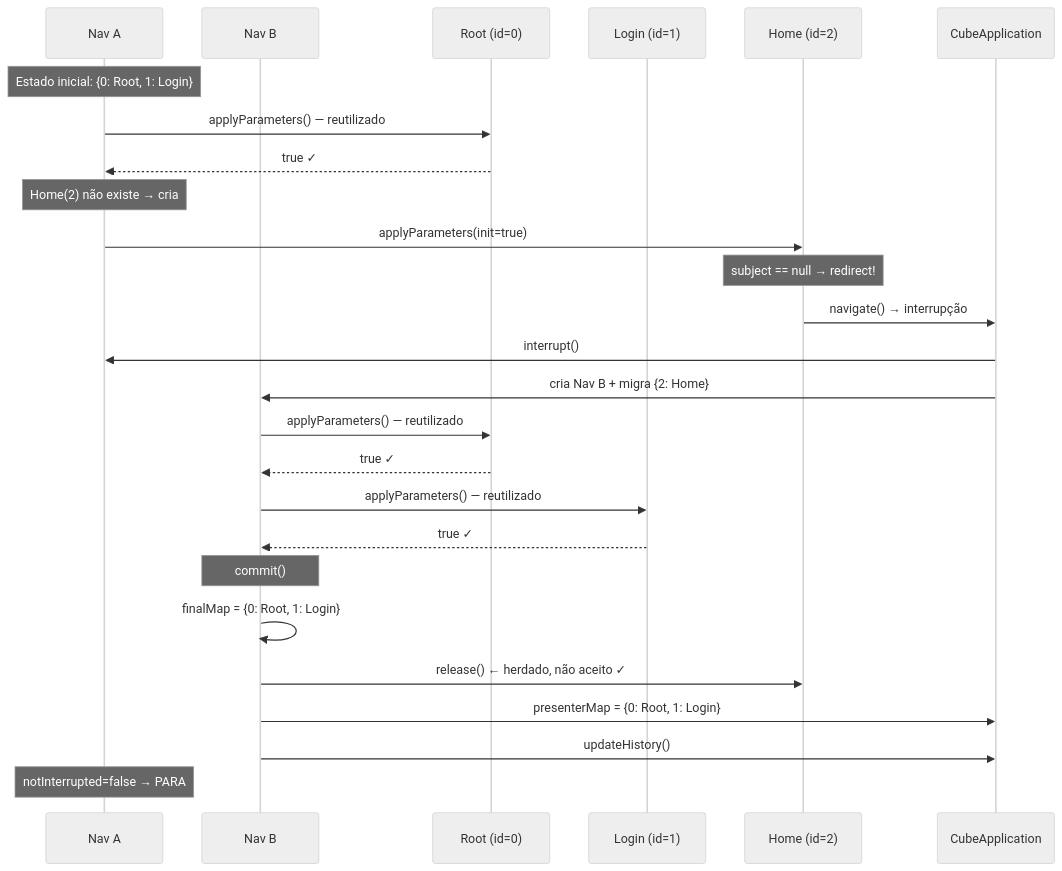
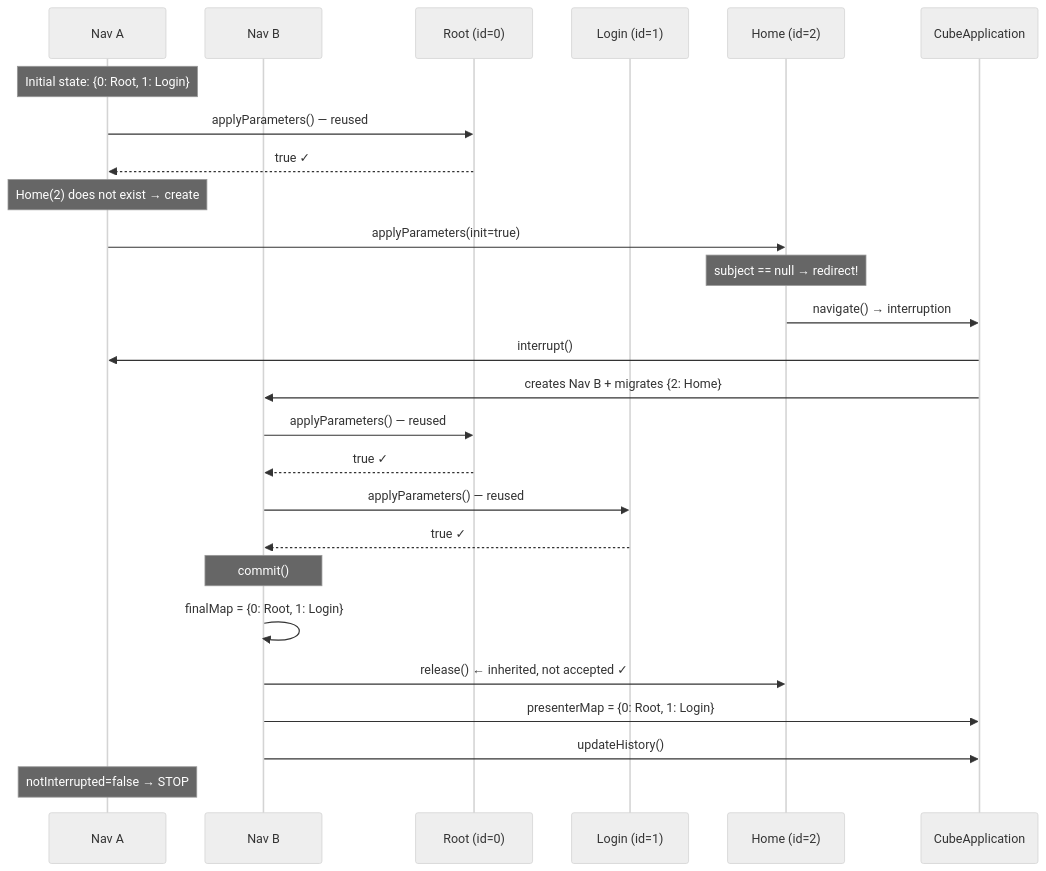
One commit to mrcdom/wdc-cube-kotlin changed the ninth of 19 diagrams in docs/architecture-cube.md. Above: the diagram before and after it, drawn with Mermaid (neutral theme). The commit also changed other lines of this file and 10 other files, not shown here.

First line of the commit message:
docs: architecture docs and top-level READMEs in US English

````diff
--- a/docs/architecture-cube.md
+++ b/docs/architecture-cube.md
@@ -492,34 +492,34 @@
 ```mermaid
 sequenceDiagram
     participant NavA as Nav A
     participant NavB as Nav B
     participant Root as Root (id=0)
     participant Login as Login (id=1)
     participant Home as Home (id=2)
     participant App as CubeApplication
 
-    Note over NavA: Estado inicial: {0: Root, 1: Login}
+    Note over NavA: Initial state: {0: Root, 1: Login}
 
-    NavA->>Root: applyParameters() — reutilizado
+    NavA->>Root: applyParameters() — reused
     Root-->>NavA: true ✓
 
-    Note over NavA: Home(2) não existe → cria
+    Note over NavA: Home(2) does not exist → create
     NavA->>Home: applyParameters(init=true)
     Note over Home: subject == null → redirect!
-    Home->>App: navigate() → interrupção
+    Home->>App: navigate() → interruption
     App->>NavA: interrupt()
-    App->>NavB: cria Nav B + migra {2: Home}
+    App->>NavB: creates Nav B + migrates {2: Home}
 
-    NavB->>Root: applyParameters() — reutilizado
+    NavB->>Root: applyParameters() — reused
     Root-->>NavB: true ✓
-    NavB->>Login: applyParameters() — reutilizado
+    NavB->>Login: applyParameters() — reused
     Login-->>NavB: true ✓
 
     Note over NavB: commit()
     NavB->>NavB: finalMap = {0: Root, 1: Login}
-    NavB->>Home: release() ← herdado, não aceito ✓
+    NavB->>Home: release() ← inherited, not accepted ✓
     NavB->>App: presenterMap = {0: Root, 1: Login}
     NavB->>App: updateHistory()
 
-    Note over NavA: notInterrupted=false → PARA
+    Note over NavA: notInterrupted=false → STOP
 ```
````
